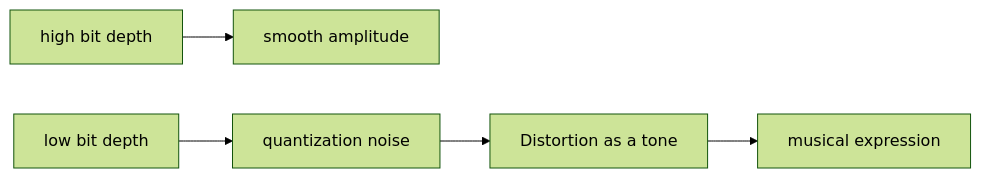
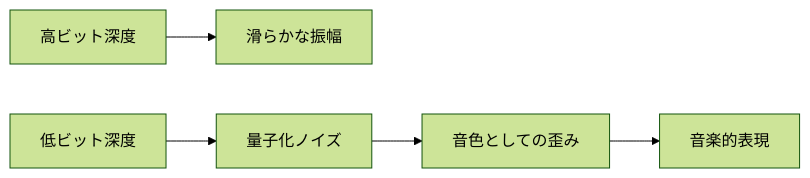
One commit to monumental-movement/monumental-movement.github.io changed the second of 2 diagrams in en/_posts/2026-01-16-column-bit-crush-low-bit.md. Above: the diagram before and after it, drawn with Mermaid (forest theme). The commit also changed other lines of this file and 775 other files, not shown here.

```diff
--- a/en/_posts/2026-01-16-column-bit-crush-low-bit.md
+++ b/en/_posts/2026-01-16-column-bit-crush-low-bit.md
@@ -218,7 +217,7 @@
 <div class="mermaid">
 flowchart LR
-    A[high bit depth] --> B[smooth amplitude]
-    C[low bit depth] --> D[quantization noise]
-    D --> E[Distortion as a tone]
-    E --> F[musical expression]
+    A[高ビット深度] --> B[滑らかな振幅]
+    C[低ビット深度] --> D[量子化ノイズ]
+    D --> E[音色としての歪み]
+    E --> F[音楽的表現]
 </div>
```
